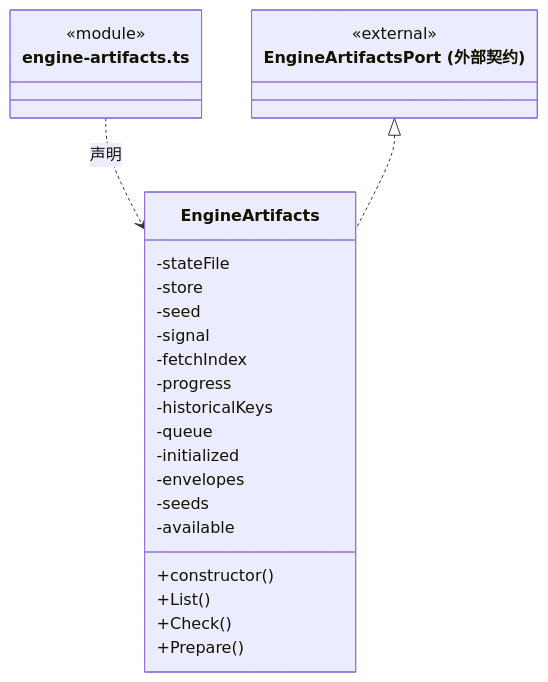
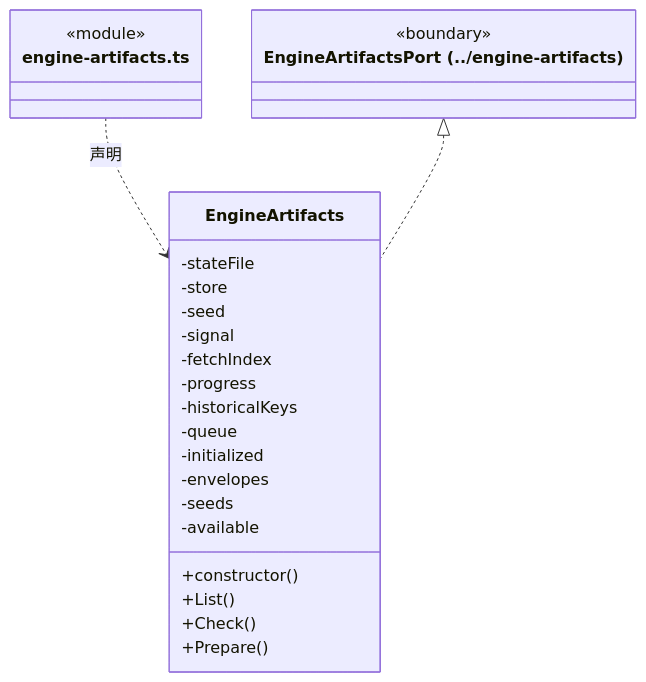
The fourth of 28 diagrams in src/logic/updates/service/ARCHITECTURE.md (nan023062/cbim), drawn with Mermaid before and after one commit. The commit also changed other lines of this file and 112 other files, not shown here.

Commit message:
docs: align source architecture with current declarations and contracts

````diff
--- a/src/logic/updates/service/ARCHITECTURE.md
+++ b/src/logic/updates/service/ARCHITECTURE.md
@@ -219,29 +219,29 @@
 ```mermaid
 classDiagram
 class N_src_logic_updates_service_engine_artifacts_ts["engine-artifacts.ts"] {
   <<module>>
 }
 class N_src_logic_updates_service_engine_artifacts_ts_EngineArtifacts["EngineArtifacts"] {
   +constructor()
   +List()
   +Check()
   +Prepare()
   -stateFile
   -store
   -seed
   -signal
   -fetchIndex
   -progress
   -historicalKeys
   -queue
   -initialized
   -envelopes
   -seeds
   -available
 }
 N_src_logic_updates_service_engine_artifacts_ts ..> N_src_logic_updates_service_engine_artifacts_ts_EngineArtifacts : 声明
-class N_src_logic_updates_service_engine_artifacts_ts_external_EngineArtifactsPort["EngineArtifactsPort (外部契约)"] {
-  <<external>>
+class N_src_logic_updates_service_engine_artifacts_ts_external_EngineArtifactsPort["EngineArtifactsPort (../engine-artifacts)"] {
+  <<boundary>>
 }
 N_src_logic_updates_service_engine_artifacts_ts_external_EngineArtifactsPort <|.. N_src_logic_updates_service_engine_artifacts_ts_EngineArtifacts
 ```
````
